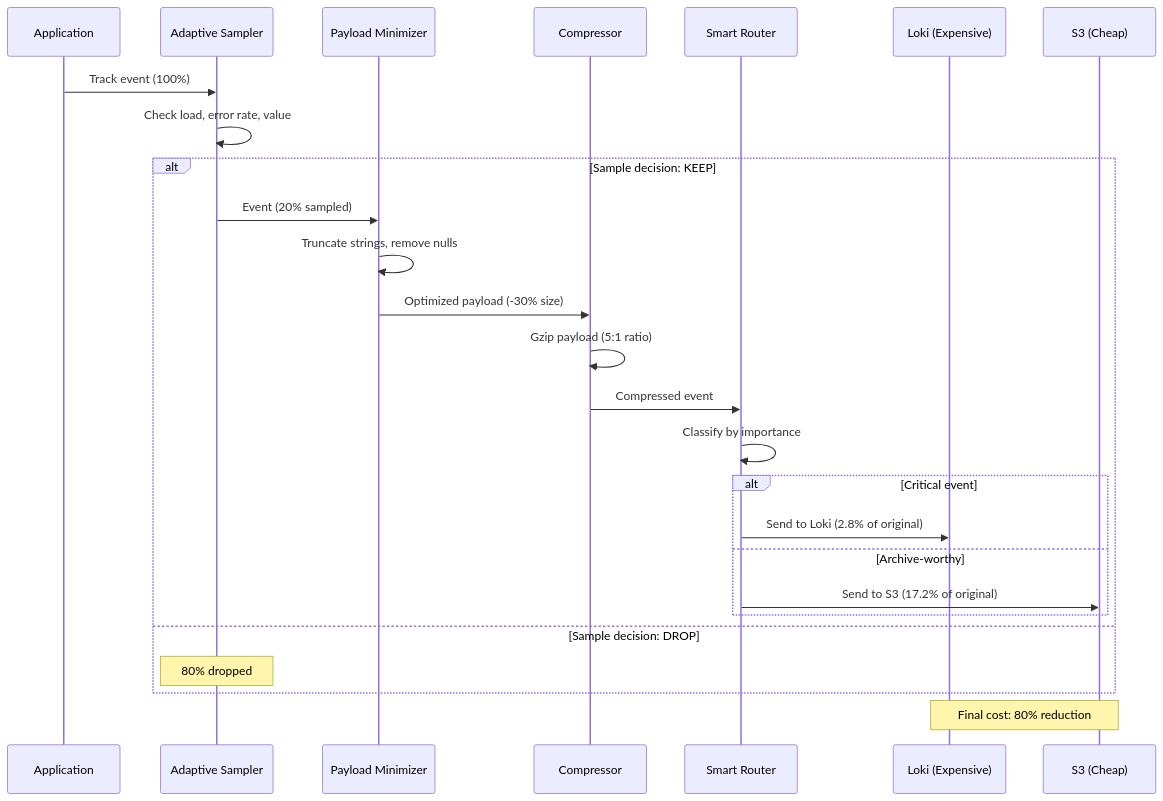
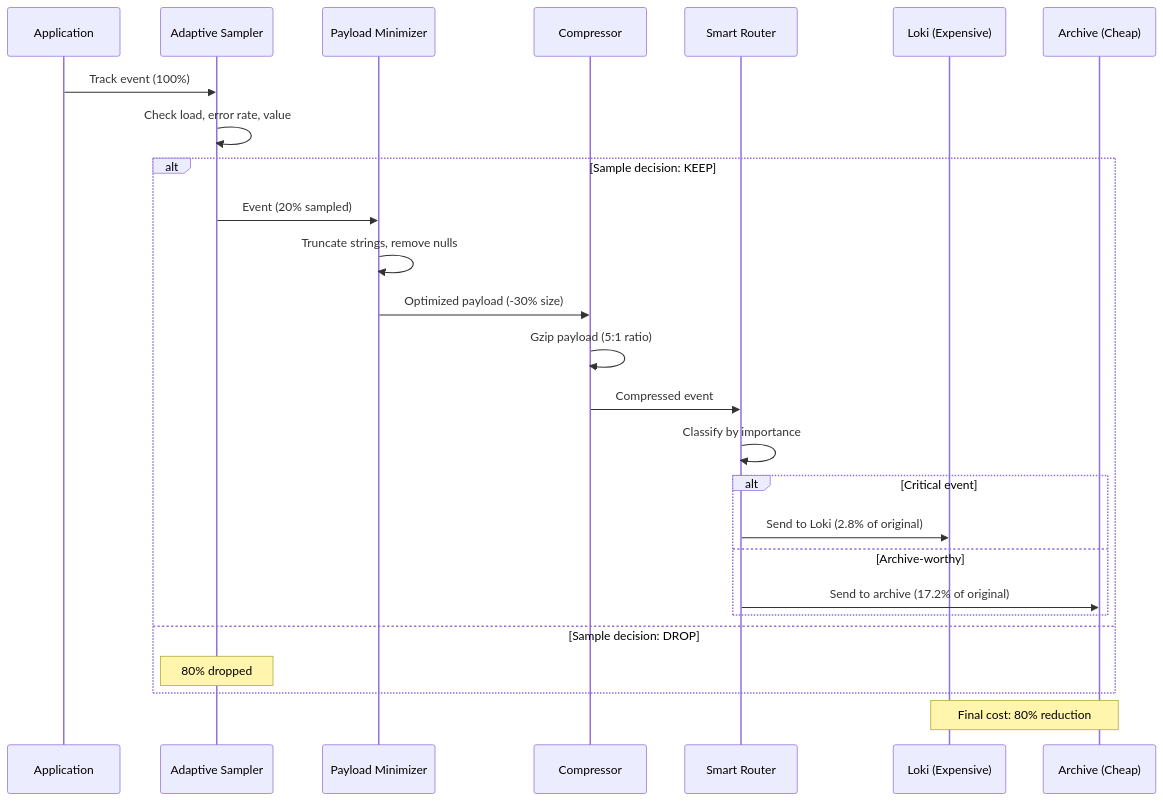
Before and after one commit to arturseletskiy/e11y: the third of 3 diagrams in docs/ADR-009-cost-optimization.md, drawn with Mermaid. The commit also changed other lines of this file and 515 other files, not shown here.

````diff
--- a/docs/ADR-009-cost-optimization.md
+++ b/docs/ADR-009-cost-optimization.md
@@ -401,36 +401,36 @@
 ```mermaid
 sequenceDiagram
     participant App as Application
     participant Sampler as Adaptive Sampler
     participant Minimizer as Payload Minimizer
     participant Compress as Compressor
     participant Router as Smart Router
     participant Loki as Loki (Expensive)
-    participant S3 as S3 (Cheap)
+    participant Archive as Archive (Cheap)
     
     App->>Sampler: Track event (100%)
     
     Sampler->>Sampler: Check load, error rate, value
     
     alt Sample decision: KEEP
         Sampler->>Minimizer: Event (20% sampled)
         
         Minimizer->>Minimizer: Truncate strings, remove nulls
         Minimizer->>Compress: Optimized payload (-30% size)
         
         Compress->>Compress: Gzip payload (5:1 ratio)
         Compress->>Router: Compressed event
         
         Router->>Router: Classify by importance
         
         alt Critical event
             Router->>Loki: Send to Loki (2.8% of original)
         else Archive-worthy
-            Router->>S3: Send to S3 (17.2% of original)
+            Router->>Archive: Send to archive (17.2% of original)
         end
     else Sample decision: DROP
         Note over Sampler: 80% dropped
     end
     
-    Note over Loki,S3: Final cost: 80% reduction
+    Note over Loki,Archive: Final cost: 80% reduction
 ```
````
